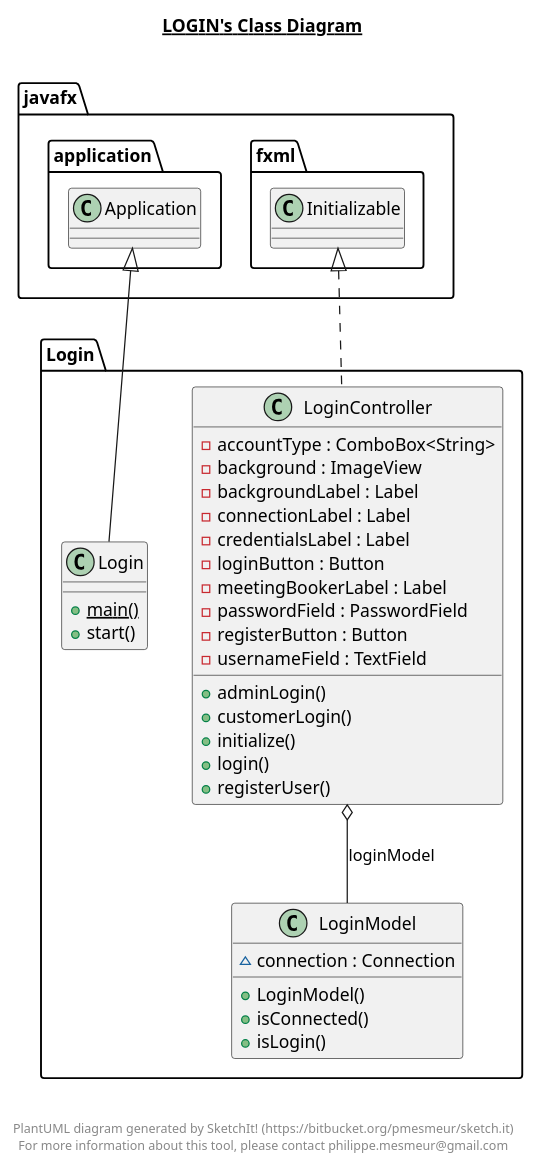
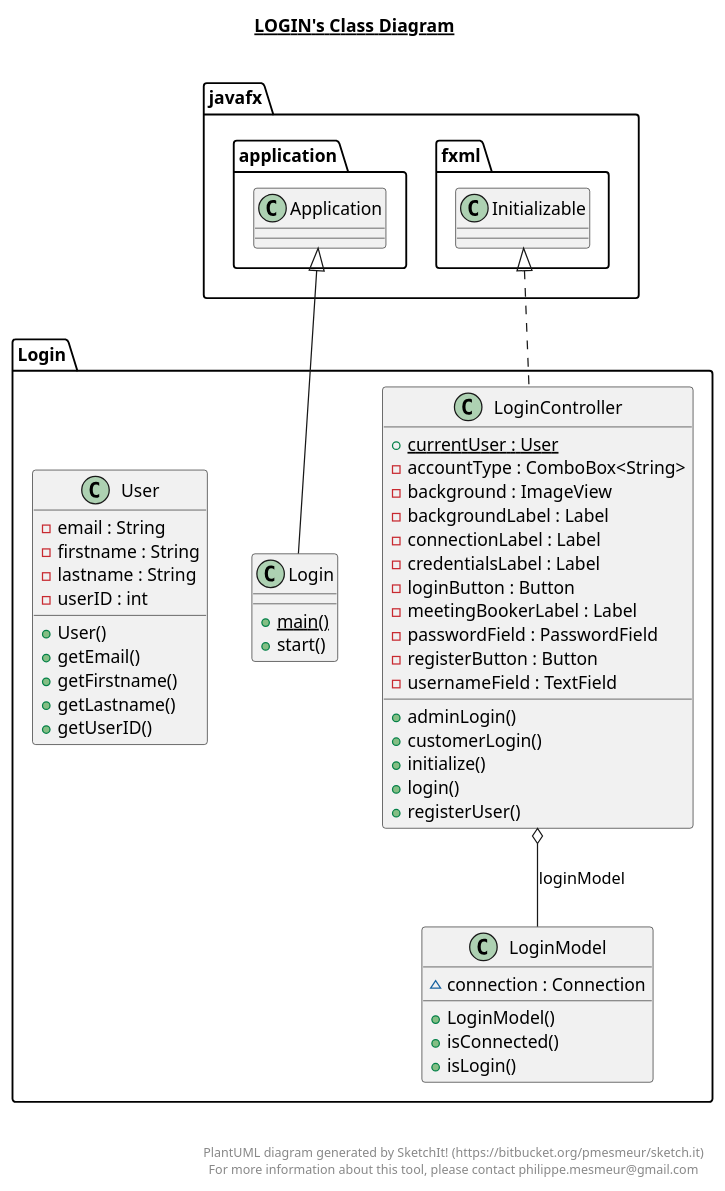
The diagram in src/Login/Login.plantuml (hegde-atri/meetingBooking), drawn with PlantUML before and after one commit. The commit also changed 9 other files, not shown here.

```diff
--- a/src/Login/Login.plantuml
+++ b/src/Login/Login.plantuml
@@ -1,56 +1,72 @@
 @startuml
 
 title __LOGIN's Class Diagram__\n
 
   namespace Login {
     class Login.Login {
         {static} + main()
         + start()
     }
   }
   
 
   namespace Login {
     class Login.LoginController {
+        {static} + currentUser : User
         - accountType : ComboBox<String>
         - background : ImageView
         - backgroundLabel : Label
         - connectionLabel : Label
         - credentialsLabel : Label
         - loginButton : Button
         - meetingBookerLabel : Label
         - passwordField : PasswordField
         - registerButton : Button
         - usernameField : TextField
         + adminLogin()
         + customerLogin()
         + initialize()
         + login()
         + registerUser()
     }
   }
   
 
   namespace Login {
     class Login.LoginModel {
         ~ connection : Connection
         + LoginModel()
         + isConnected()
         + isLogin()
     }
   }
   
 
+  namespace Login {
+    class Login.User {
+        - email : String
+        - firstname : String
+        - lastname : String
+        - userID : int
+        + User()
+        + getEmail()
+        + getFirstname()
+        + getLastname()
+        + getUserID()
+    }
+  }
+  
+
   Login.Login -up-|> javafx.application.Application
   Login.LoginController .up.|> javafx.fxml.Initializable
   Login.LoginController o-- Login.LoginModel : loginModel
 
 
 right footer
 
 
 PlantUML diagram generated by SketchIt! (https://bitbucket.org/pmesmeur/sketch.it)
 For more information about this tool, please contact philippe.mesmeur@gmail.com
 endfooter
 
 @enduml
```
